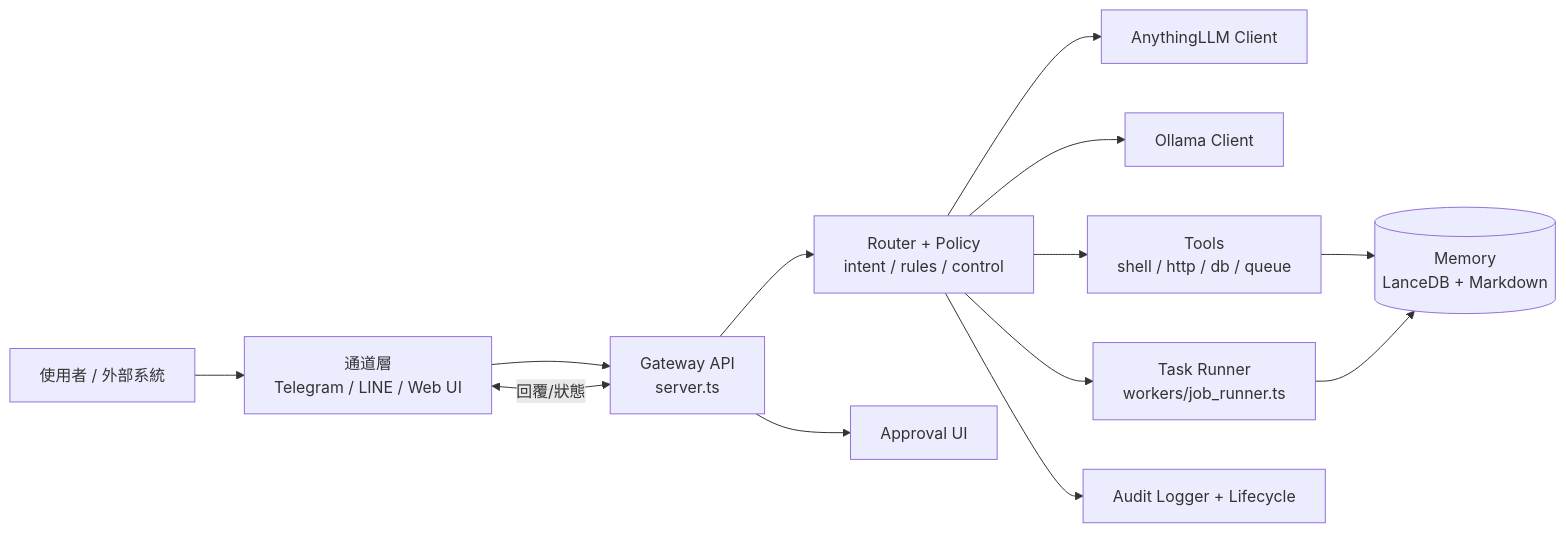
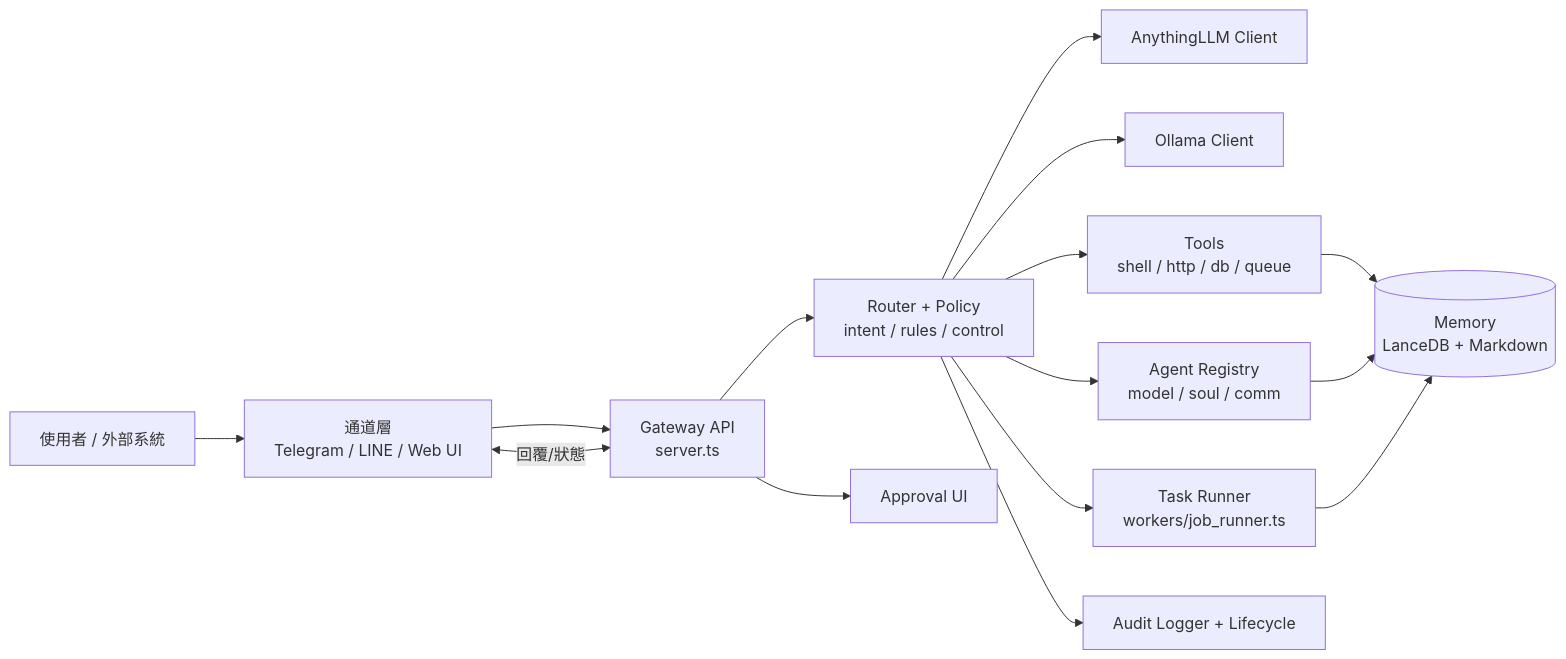
The first of 2 diagrams in README.md (isaacjackyang/AnythingllmSkills), drawn with Mermaid before and after one commit. The commit also changed other lines of this file and 12 other files, not shown here.

````diff
--- a/README.md
+++ b/README.md
@@ -28,15 +28,17 @@
 ```mermaid
 flowchart LR
     U[使用者 / 外部系統] --> C[通道層\nTelegram / LINE / Web UI]
     C --> G[Gateway API\nserver.ts]
     G --> R[Router + Policy\nintent / rules / control]
     R --> A[AnythingLLM Client]
     R --> O[Ollama Client]
+    R --> AR[Agent Registry\nmodel / soul / comm]
     R --> T[Tools\nshell / http / db / queue]
     R --> J[Task Runner\nworkers/job_runner.ts]
     T --> M[(Memory\nLanceDB + Markdown)]
+    AR --> M
     J --> M
     R --> L[Audit Logger + Lifecycle]
     G --> UI[Approval UI]
     C <-->|回覆/狀態| G
 ```
````
